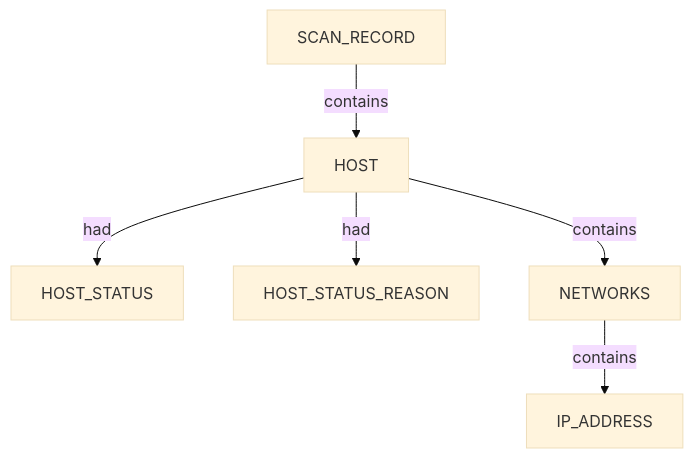
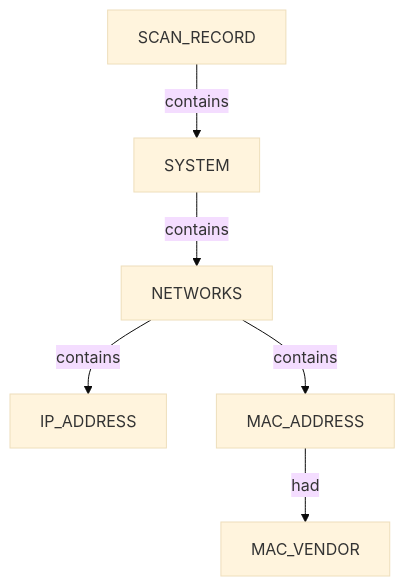
The sixth of 13 diagrams in .docs/docs-for-cli-tools/_Current_Ontology.md (brettforbes/spiderfeet), drawn with Mermaid (base theme) before and after one commit. The commit also changed other lines of this file and 56 other files, not shown here.

````diff
--- a/.docs/docs-for-cli-tools/_Current_Ontology.md
+++ b/.docs/docs-for-cli-tools/_Current_Ontology.md
@@ -180,14 +177,14 @@
 ```mermaid
 flowchart TD
-  scan["SCAN_RECORD"]
-  host["HOST"]
-  status["HOST_STATUS"]
-  reason["HOST_STATUS_REASON"]
-  nets["NETWORKS"]
-  ip["IP_ADDRESS"]
-  scan -->|contains| host
-  host -->|had| status
-  host -->|had| reason
-  host -->|contains| nets
-  nets -->|contains| ip
+  scan_record_1["SCAN_RECORD"]
+  system_2["SYSTEM"]
+  networks_3["NETWORKS"]
+  ip_address_4["IP_ADDRESS"]
+  mac_address_5["MAC_ADDRESS"]
+  mac_vendor_6["MAC_VENDOR"]
+  scan_record_1 -->|contains| system_2
+  system_2 -->|contains| networks_3
+  networks_3 -->|contains| ip_address_4
+  networks_3 -->|contains| mac_address_5
+  mac_address_5 -->|had| mac_vendor_6
 ```
````
